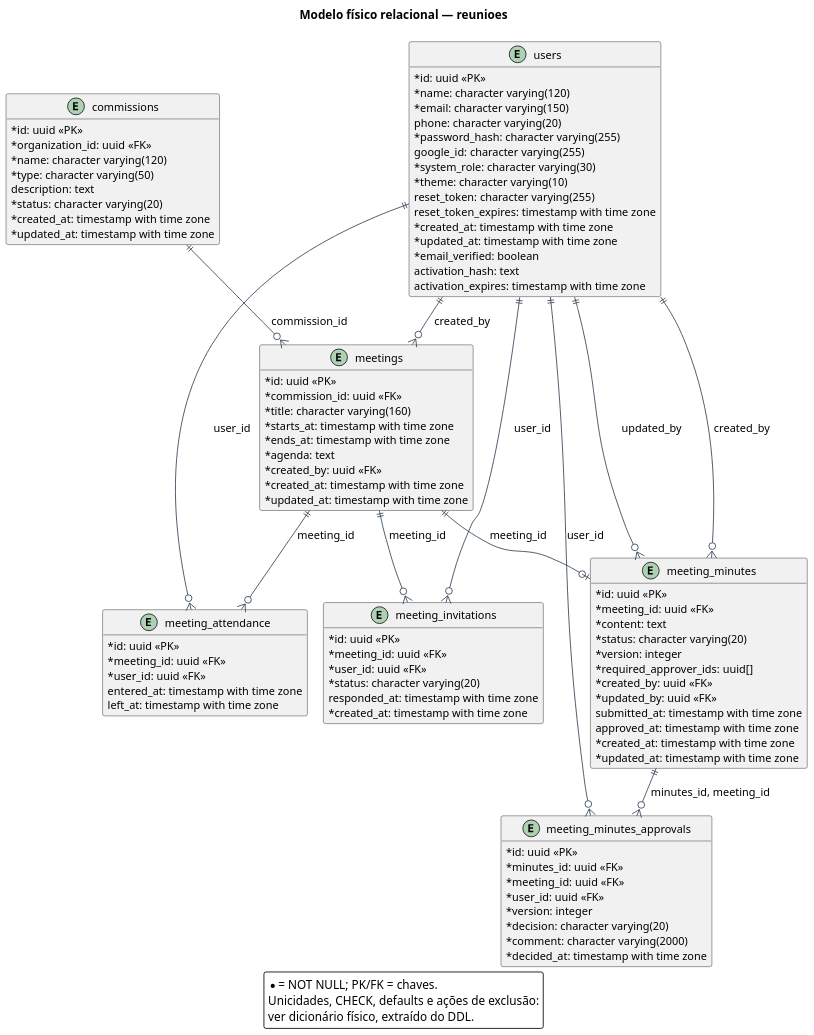
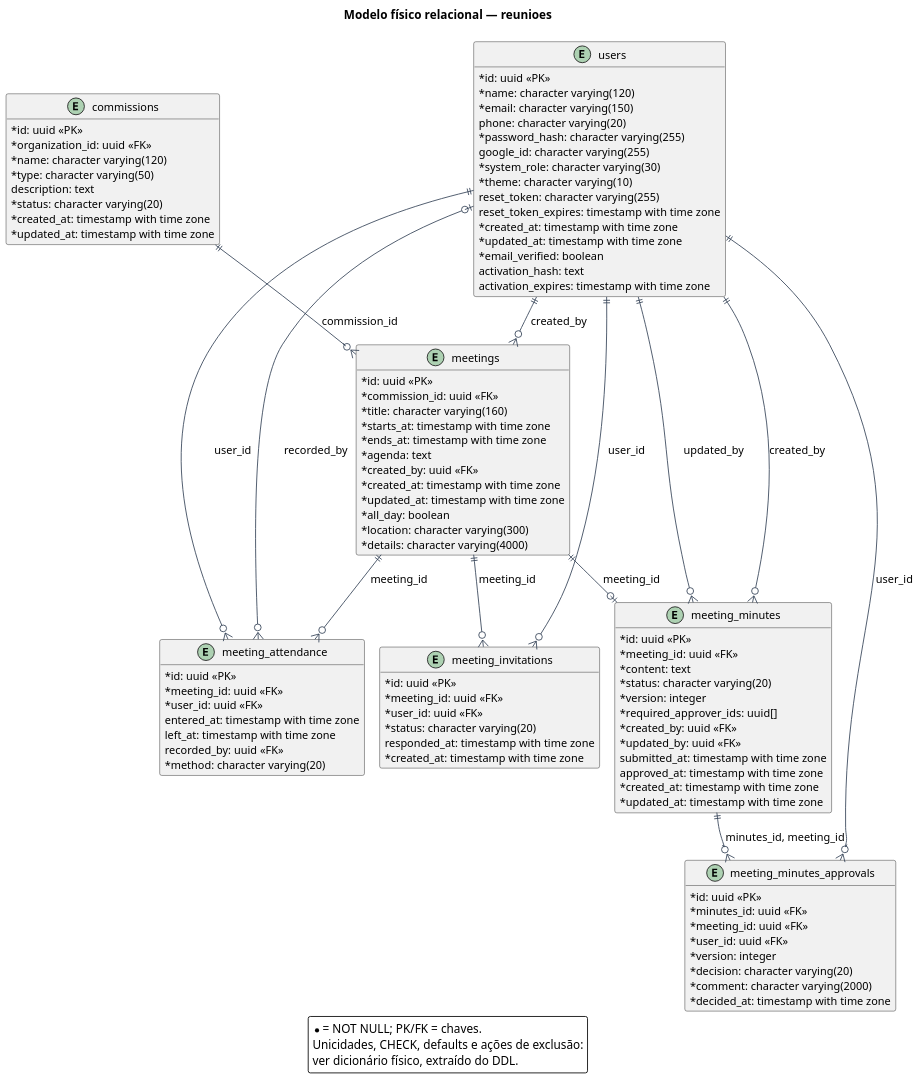
Before and after one commit to skzun/BRTPDS2: the diagram in docs/Diagramas/fontes/relacional-reunioes.puml, drawn with PlantUML. The commit also changed 2205 other files, not shown here.

```diff
--- a/docs/Diagramas/fontes/relacional-reunioes.puml
+++ b/docs/Diagramas/fontes/relacional-reunioes.puml
@@ -1,107 +1,113 @@
 @startuml
 !pragma layout smetana
 skinparam backgroundColor white
 skinparam shadowing false
 skinparam defaultFontName SansSerif
 skinparam defaultFontSize 13
 skinparam ArrowColor #334155
 skinparam packageStyle rectangle
 skinparam classAttributeIconSize 0
 skinparam roundcorner 5
 skinparam dpi 130
 title Modelo físico relacional — reunioes
 hide methods
 entity "users" as users {
 {field} * id: uuid <<PK>>
 {field} * name: character varying(120)
 {field} * email: character varying(150)
 {field} phone: character varying(20)
 {field} * password_hash: character varying(255)
 {field} google_id: character varying(255)
 {field} * system_role: character varying(30)
 {field} * theme: character varying(10)
 {field} reset_token: character varying(255)
 {field} reset_token_expires: timestamp with time zone
 {field} * created_at: timestamp with time zone
 {field} * updated_at: timestamp with time zone
 {field} * email_verified: boolean
 {field} activation_hash: text
 {field} activation_expires: timestamp with time zone
 }
 entity "commissions" as commissions {
 {field} * id: uuid <<PK>>
 {field} * organization_id: uuid <<FK>>
 {field} * name: character varying(120)
 {field} * type: character varying(50)
 {field} description: text
 {field} * status: character varying(20)
 {field} * created_at: timestamp with time zone
 {field} * updated_at: timestamp with time zone
 }
 entity "meetings" as meetings {
 {field} * id: uuid <<PK>>
 {field} * commission_id: uuid <<FK>>
 {field} * title: character varying(160)
 {field} * starts_at: timestamp with time zone
 {field} * ends_at: timestamp with time zone
 {field} * agenda: text
 {field} * created_by: uuid <<FK>>
 {field} * created_at: timestamp with time zone
 {field} * updated_at: timestamp with time zone
+{field} * all_day: boolean
+{field} * location: character varying(300)
+{field} * details: character varying(4000)
 }
 entity "meeting_invitations" as meeting_invitations {
 {field} * id: uuid <<PK>>
 {field} * meeting_id: uuid <<FK>>
 {field} * user_id: uuid <<FK>>
 {field} * status: character varying(20)
 {field} responded_at: timestamp with time zone
 {field} * created_at: timestamp with time zone
 }
 entity "meeting_attendance" as meeting_attendance {
 {field} * id: uuid <<PK>>
 {field} * meeting_id: uuid <<FK>>
 {field} * user_id: uuid <<FK>>
 {field} entered_at: timestamp with time zone
 {field} left_at: timestamp with time zone
+{field} recorded_by: uuid <<FK>>
+{field} * method: character varying(20)
 }
 entity "meeting_minutes" as meeting_minutes {
 {field} * id: uuid <<PK>>
 {field} * meeting_id: uuid <<FK>>
 {field} * content: text
 {field} * status: character varying(20)
 {field} * version: integer
 {field} * required_approver_ids: uuid[]
 {field} * created_by: uuid <<FK>>
 {field} * updated_by: uuid <<FK>>
 {field} submitted_at: timestamp with time zone
 {field} approved_at: timestamp with time zone
 {field} * created_at: timestamp with time zone
 {field} * updated_at: timestamp with time zone
 }
 entity "meeting_minutes_approvals" as meeting_minutes_approvals {
 {field} * id: uuid <<PK>>
 {field} * minutes_id: uuid <<FK>>
 {field} * meeting_id: uuid <<FK>>
 {field} * user_id: uuid <<FK>>
 {field} * version: integer
 {field} * decision: character varying(20)
 {field} * comment: character varying(2000)
 {field} * decided_at: timestamp with time zone
 }
 meetings ||--o{ meeting_attendance : "meeting_id"
+users |o--o{ meeting_attendance : "recorded_by"
 users ||--o{ meeting_attendance : "user_id"
 meetings ||--o{ meeting_invitations : "meeting_id"
 users ||--o{ meeting_invitations : "user_id"
 users ||--o{ meeting_minutes : "created_by"
 meetings ||--o| meeting_minutes : "meeting_id"
 users ||--o{ meeting_minutes : "updated_by"
 meeting_minutes ||--o{ meeting_minutes_approvals : "minutes_id, meeting_id"
 users ||--o{ meeting_minutes_approvals : "user_id"
 commissions ||--o{ meetings : "commission_id"
 users ||--o{ meetings : "created_by"
 legend bottom
 * = NOT NULL; PK/FK = chaves.
 Unicidades, CHECK, defaults e ações de exclusão:
 ver dicionário físico, extraído do DDL.
 endlegend
 @enduml
```
